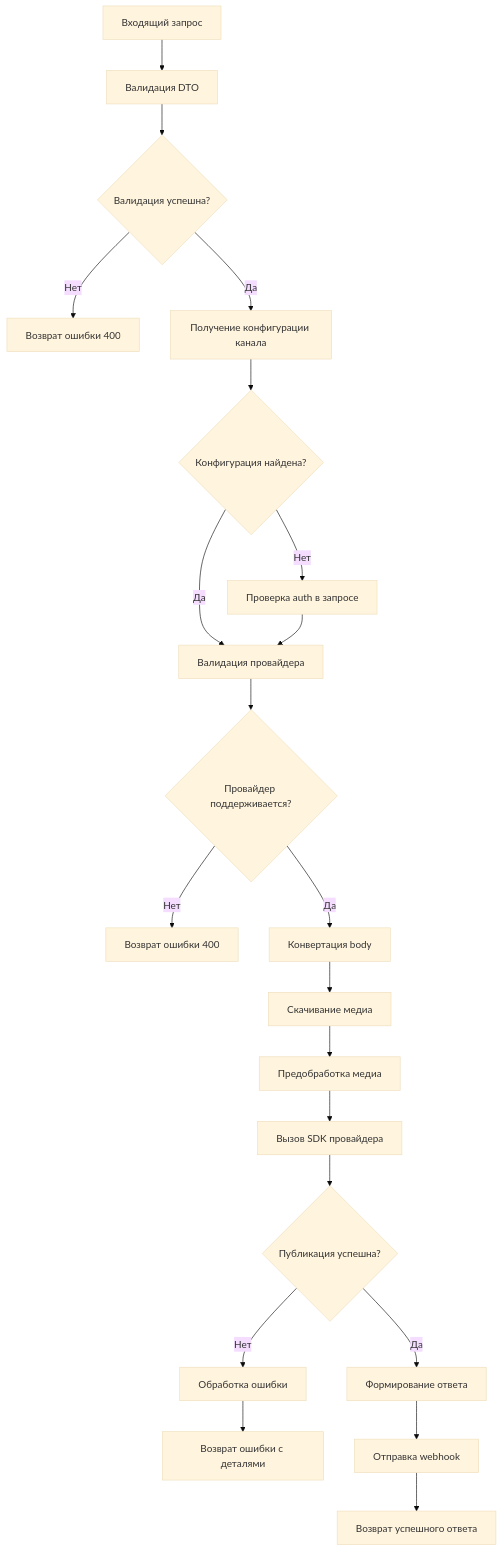
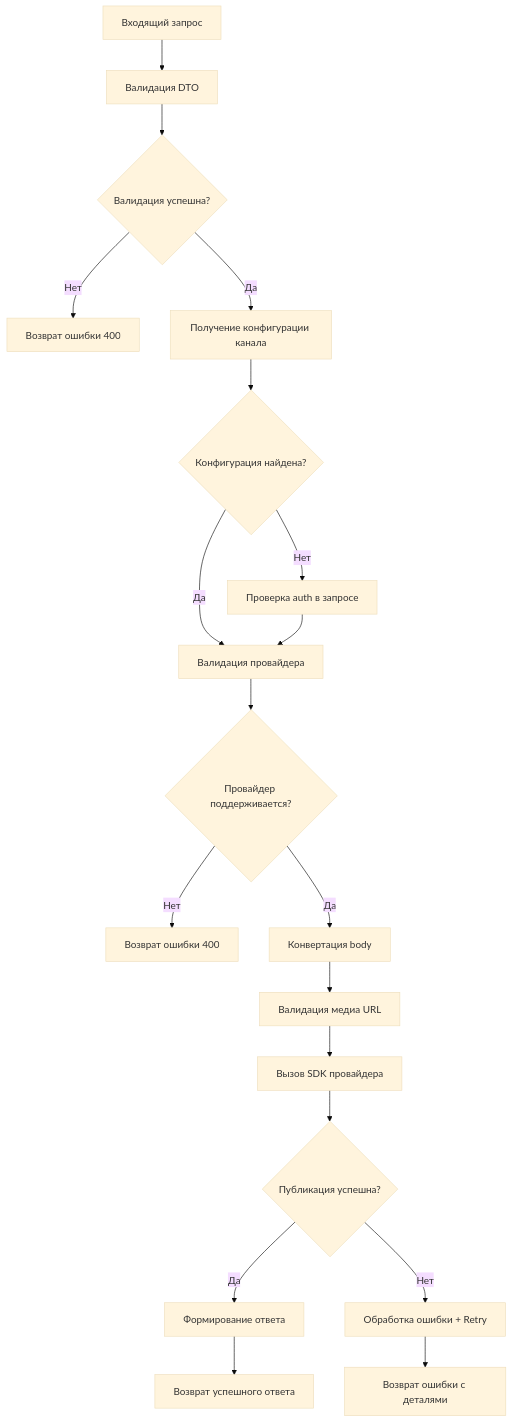
Before and after one commit to bozonx/social-media-posting-microservice: the diagram in dev_docs/PRD.md, drawn with Mermaid (base theme). The commit also changed other lines of this file and 2 other files, not shown here.

````diff
--- a/dev_docs/PRD.md
+++ b/dev_docs/PRD.md
@@ -396,23 +400,21 @@
 ```mermaid
 graph TD
     A[Входящий запрос] --> B[Валидация DTO]
     B --> C{Валидация успешна?}
     C -->|Нет| D[Возврат ошибки 400]
     C -->|Да| E[Получение конфигурации канала]
     E --> F{Конфигурация найдена?}
     F -->|Нет| G[Проверка auth в запросе]
     F -->|Да| H[Валидация провайдера]
     G --> H
     H --> I{Провайдер поддерживается?}
     I -->|Нет| J[Возврат ошибки 400]
     I -->|Да| K[Конвертация body]
-    K --> L[Скачивание медиа]
-    L --> M[Предобработка медиа]
-    M --> N[Вызов SDK провайдера]
-    N --> O{Публикация успешна?}
-    O -->|Да| P[Формирование ответа]
-    O -->|Нет| Q[Обработка ошибки]
-    Q --> R[Возврат ошибки с деталями]
-    P --> S[Отправка webhook]
-    S --> T[Возврат успешного ответа]
+    K --> L[Валидация медиа URL]
+    L --> M[Вызов SDK провайдера]
+    M --> N{Публикация успешна?}
+    N -->|Да| O[Формирование ответа]
+    N -->|Нет| P[Обработка ошибки + Retry]
+    P --> Q[Возврат ошибки с деталями]
+    O --> R[Возврат успешного ответа]
 ```
````
